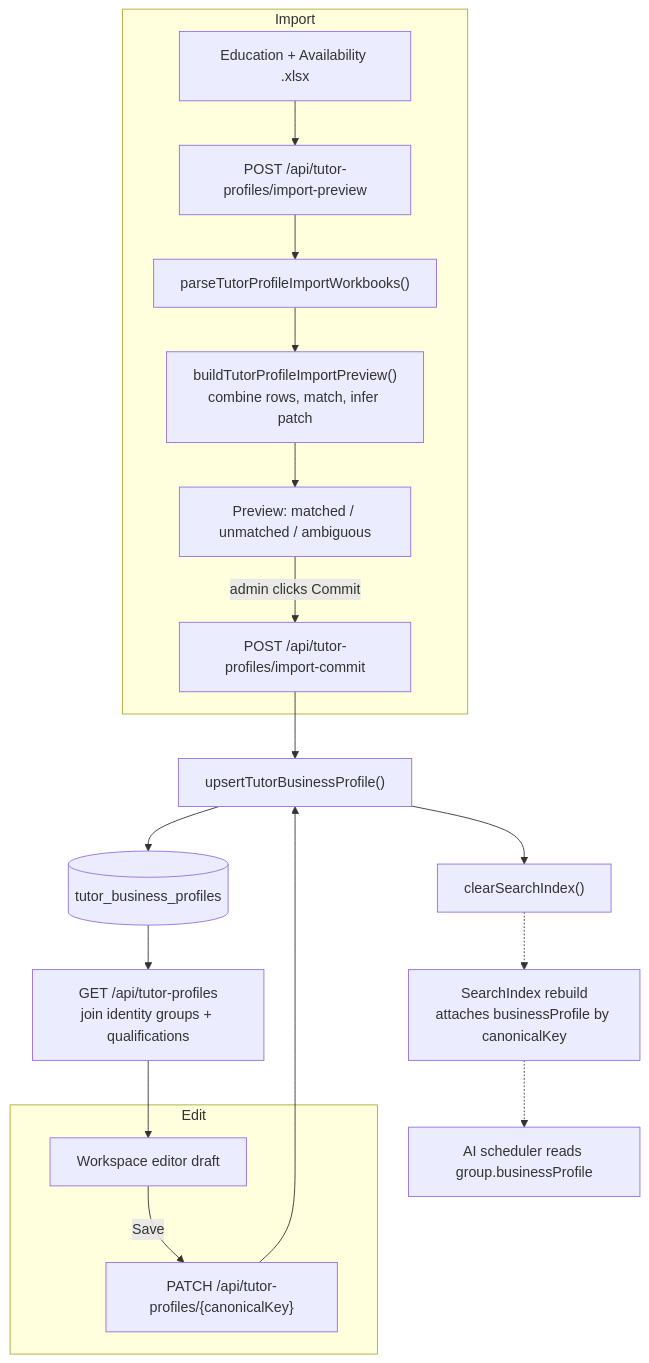
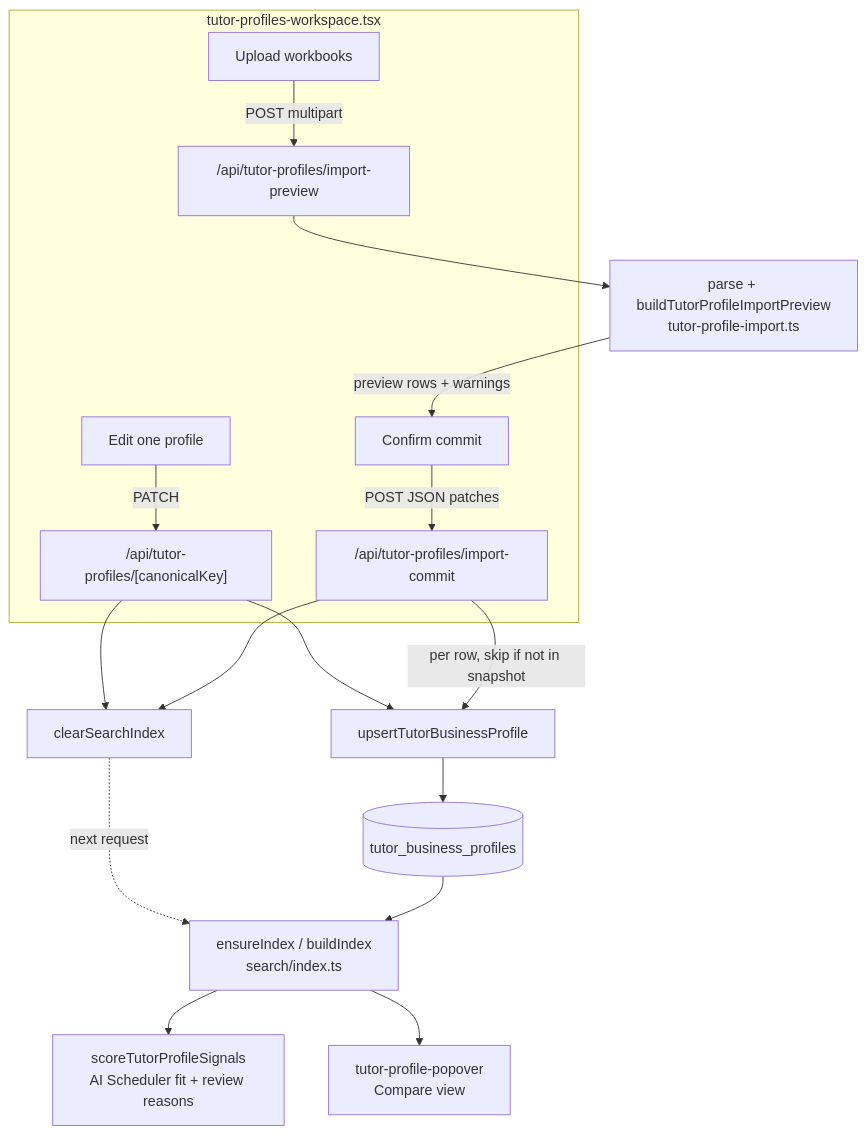
One commit to kasheesh711/bgscheduler changed the diagram in docs/features/tutor-profiles.md. Above: the diagram before and after it, drawn with Mermaid. The commit also changed other lines of this file and 63 other files, not shown here.

````diff
--- a/docs/features/tutor-profiles.md
+++ b/docs/features/tutor-profiles.md
@@ -53,21 +48,22 @@
 ```mermaid
 flowchart TD
-  subgraph Import
-    XLSX[Education + Availability .xlsx] --> PP["POST /api/tutor-profiles/import-preview"]
-    PP --> PARSE["parseTutorProfileImportWorkbooks()"]
-    PARSE --> BUILD["buildTutorProfileImportPreview()<br/>combine rows, match, infer patch"]
-    BUILD --> PREVIEW[Preview: matched / unmatched / ambiguous]
-    PREVIEW -->|admin clicks Commit| IC["POST /api/tutor-profiles/import-commit"]
-  end
-  subgraph Edit
-    UI[Workspace editor draft] -->|Save| PATCH["PATCH /api/tutor-profiles/{canonicalKey}"]
-  end
-  IC --> UPSERT["upsertTutorBusinessProfile()"]
-  PATCH --> UPSERT
-  UPSERT --> DB[(tutor_business_profiles)]
-  UPSERT --> CLEAR["clearSearchIndex()"]
-  CLEAR -.-> IDX["SearchIndex rebuild<br/>attaches businessProfile by canonicalKey"]
-  IDX -.-> AI["AI scheduler reads group.businessProfile"]
-  DB --> LIST["GET /api/tutor-profiles<br/>join identity groups + qualifications"]
-  LIST --> UI
+    subgraph Admin UI [tutor-profiles-workspace.tsx]
+      A[Edit one profile] -->|PATCH| P1["/api/tutor-profiles/[canonicalKey]"]
+      B[Upload workbooks] -->|POST multipart| P2["/api/tutor-profiles/import-preview"]
+      B2[Confirm commit] -->|POST JSON patches| P3["/api/tutor-profiles/import-commit"]
+    end
+
+    P2 --> IMP[parse + buildTutorProfileImportPreview<br/>tutor-profile-import.ts]
+    IMP -->|preview rows + warnings| B2
+
+    P1 --> UP[upsertTutorBusinessProfile]
+    P3 -->|per row, skip if not in snapshot| UP
+    UP --> DB[(tutor_business_profiles)]
+    P1 --> CLR[clearSearchIndex]
+    P3 --> CLR
+
+    CLR -.next request.-> IDX[ensureIndex / buildIndex<br/>search/index.ts]
+    DB --> IDX
+    IDX --> SIG[scoreTutorProfileSignals<br/>AI Scheduler fit + review reasons]
+    IDX --> POP[tutor-profile-popover<br/>Compare view]
 ```
````
